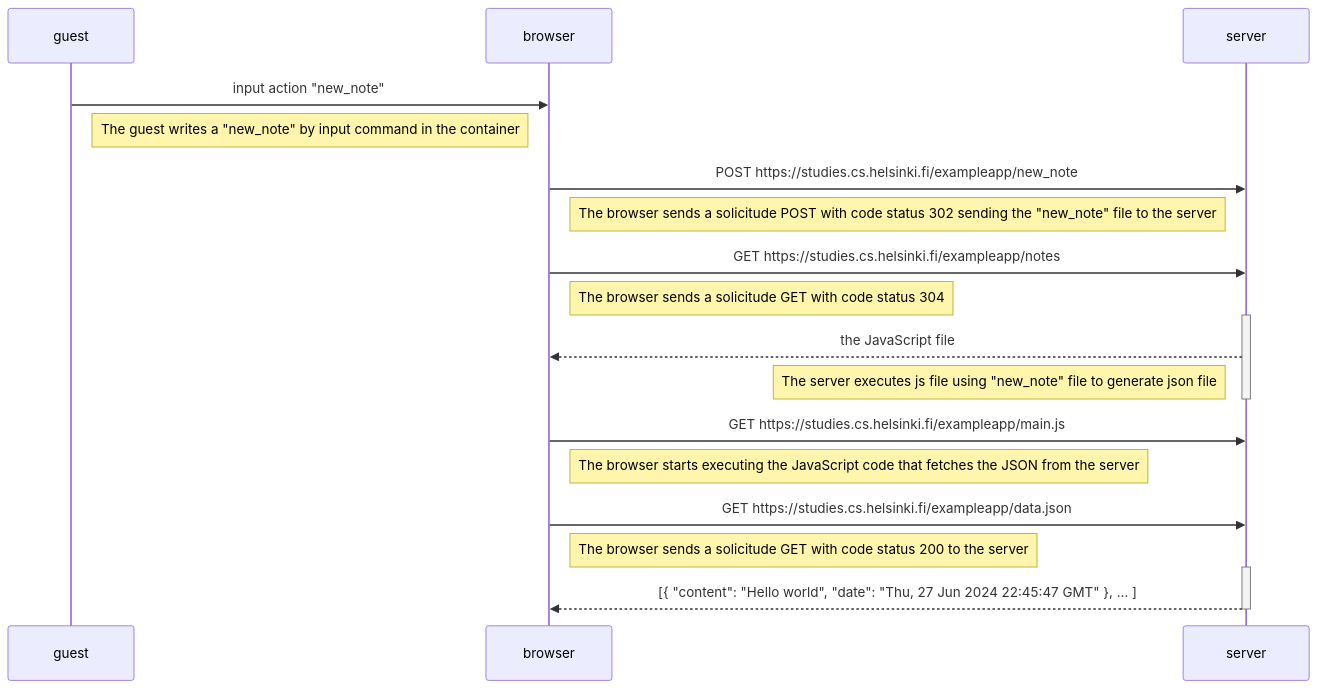
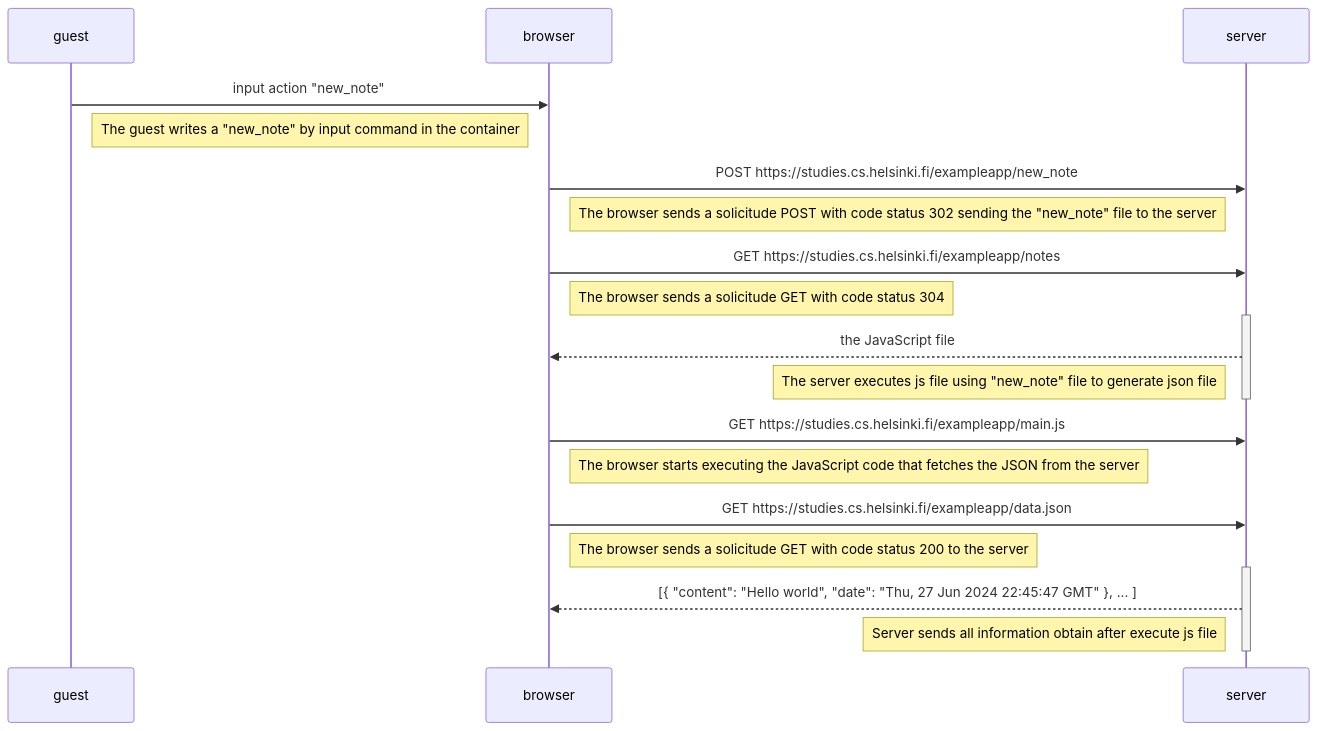
The diagram in Exercise_0.4_Fullstack_open.md (bacucan1/Fullstack-open-part-0-DG), drawn with Mermaid before and after one commit.

````diff
--- a/Exercise_0.4_Fullstack_open.md
+++ b/Exercise_0.4_Fullstack_open.md
@@ -1,25 +1,26 @@
 ```mermaid
 sequenceDiagram
     participant guest
     participant browser
     participant server
 
     guest->>browser: input action "new_note"
     Note right of guest: The guest writes a "new_note" by input command in the container
     browser->>server: POST https://studies.cs.helsinki.fi/exampleapp/new_note
     Note right of browser: The browser sends a solicitude POST with code status 302 sending the "new_note" file to the server
     browser->>server: GET https://studies.cs.helsinki.fi/exampleapp/notes
     Note right of browser: The browser sends a solicitude GET with code status 304
     activate server
     server-->>browser: the JavaScript file
     Note left of server: The server executes js file using "new_note" file to generate json file
     deactivate server
     browser->>server: GET https://studies.cs.helsinki.fi/exampleapp/main.js
     Note right of browser: The browser starts executing the JavaScript code that fetches the JSON from the server
     browser->>server: GET https://studies.cs.helsinki.fi/exampleapp/data.json
     Note right of browser: The browser sends a solicitude GET with code status 200 to the server
     activate server
     server-->>browser: [{ "content": "Hello world", "date": "Thu, 27 Jun 2024 22:45:47 GMT" }, ... ]
+    Note left of server: Server sends all information obtain after execute js file
     deactivate server
 
 ```
````
